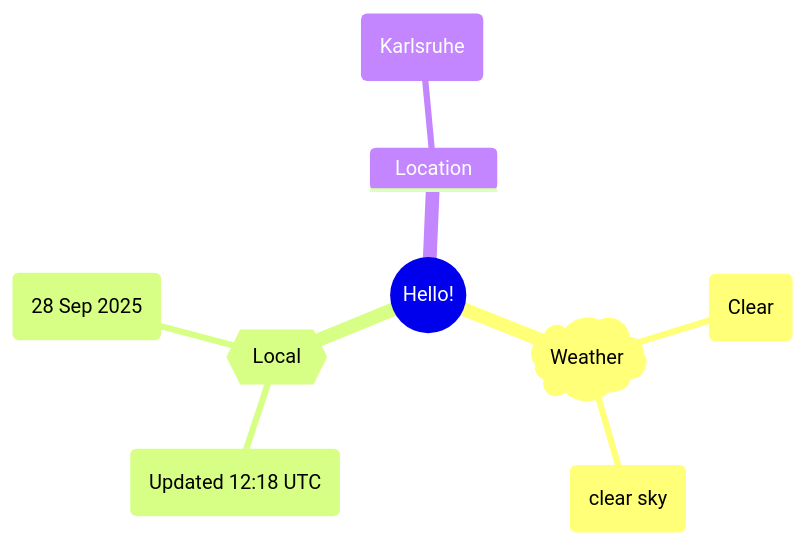
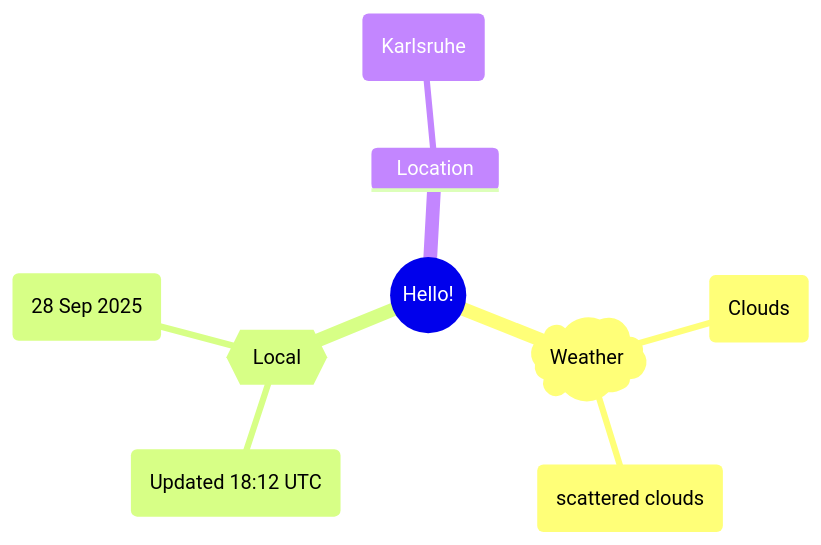
One commit to Xosrov/Xosrov changed the first of 2 diagrams in README.md. Above: the diagram before and after it, drawn with Mermaid.

Commit message:
[bot] updated images

````diff
--- a/README.md
+++ b/README.md
@@ -3,12 +3,12 @@
 ```mermaid
 mindmap
   root((Hello!))
     )Weather(
-        (Clear)
-        (clear sky)
+        (Clouds)
+        (scattered clouds)
     {{Local}}
-        (Updated 12:18 UTC)
+        (Updated 18:12 UTC)
         (28 Sep 2025)
     Location
         (Karlsruhe)
 ```
````
